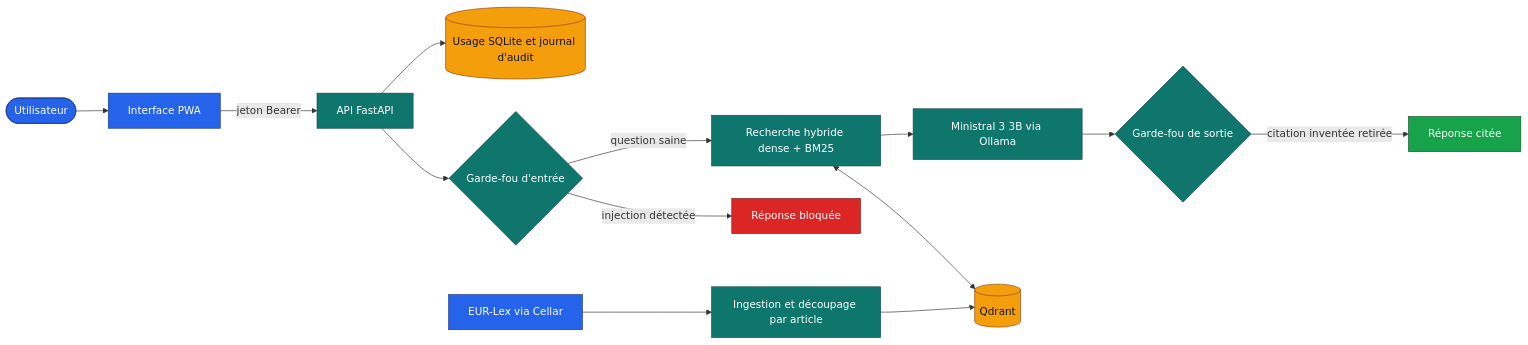
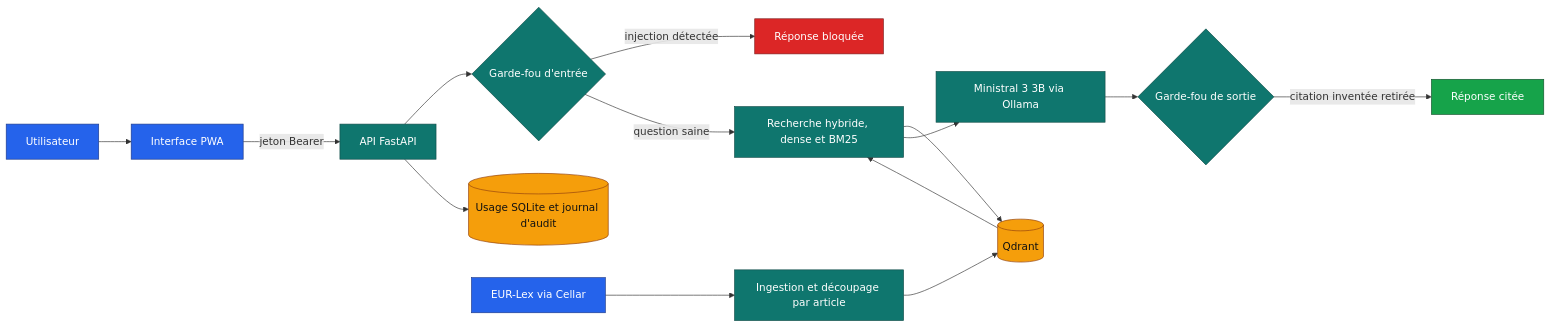
One commit to Adam-Blf/vigie changed the diagram in README.md. Above: the diagram before and after it, drawn with Mermaid. The commit also changed other lines of this file and 1 other file, not shown here.

Commit message:
docs: add badges, portable architecture diagram and security policy

````diff
--- a/README.md
+++ b/README.md
@@ -27,21 +29,42 @@
 ```mermaid
 flowchart LR
-    user([Utilisateur]):::input --> web[Interface PWA]:::input
-    web -->|jeton Bearer| api[API FastAPI]:::process
-    api --> guardIn{Garde-fou d'entrée}:::process
-    guardIn -->|injection détectée| blocked[Réponse bloquée]:::error
-    guardIn -->|question saine| search[Recherche hybride dense + BM25]:::process
-    search <--> qdrant[(Qdrant)]:::store
-    search --> llm[Ministral 3 3B via Ollama]:::process
-    llm --> guardOut{Garde-fou de sortie}:::process
-    guardOut -->|citation inventée retirée| answer[Réponse citée]:::ok
-    api --> audit[(Usage SQLite et journal d'audit)]:::store
-    eurlex[EUR-Lex via Cellar]:::input --> ingest[Ingestion et découpage par article]:::process
+    user["Utilisateur"]
+    web["Interface PWA"]
+    api["API FastAPI"]
+    guardIn{"Garde-fou d'entrée"}
+    blocked["Réponse bloquée"]
+    search["Recherche hybride, dense et BM25"]
+    qdrant[("Qdrant")]
+    llm["Ministral 3 3B via Ollama"]
+    guardOut{"Garde-fou de sortie"}
+    answer["Réponse citée"]
+    audit[("Usage SQLite et journal d'audit")]
+    eurlex["EUR-Lex via Cellar"]
+    ingest["Ingestion et découpage par article"]
+
+    user --> web
+    web -->|"jeton Bearer"| api
+    api --> guardIn
+    guardIn -->|"injection détectée"| blocked
+    guardIn -->|"question saine"| search
+    search --> qdrant
+    qdrant --> search
+    search --> llm
+    llm --> guardOut
+    guardOut -->|"citation inventée retirée"| answer
+    api --> audit
+    eurlex --> ingest
     ingest --> qdrant
 
-    classDef input fill:#2563eb,stroke:#1e3a8a,color:#fff
-    classDef process fill:#0f766e,stroke:#134e4a,color:#fff
-    classDef store fill:#f59e0b,stroke:#92400e,color:#111
-    classDef ok fill:#16a34a,stroke:#14532d,color:#fff
-    classDef error fill:#dc2626,stroke:#7f1d1d,color:#fff
+    classDef input fill:#2563eb,stroke:#1e3a8a,color:#ffffff
+    classDef process fill:#0f766e,stroke:#134e4a,color:#ffffff
+    classDef store fill:#f59e0b,stroke:#92400e,color:#111111
+    classDef ok fill:#16a34a,stroke:#14532d,color:#ffffff
+    classDef error fill:#dc2626,stroke:#7f1d1d,color:#ffffff
+
+    class user,web,eurlex input
+    class api,guardIn,search,llm,guardOut,ingest process
+    class qdrant,audit store
+    class answer ok
+    class blocked error
 ```
````
